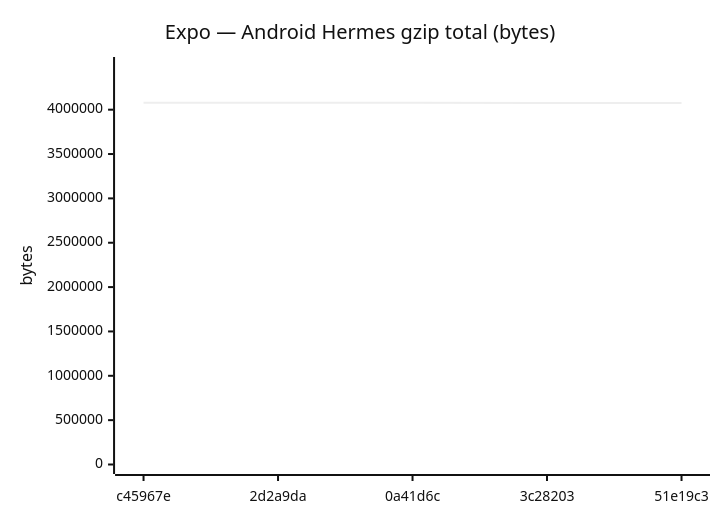
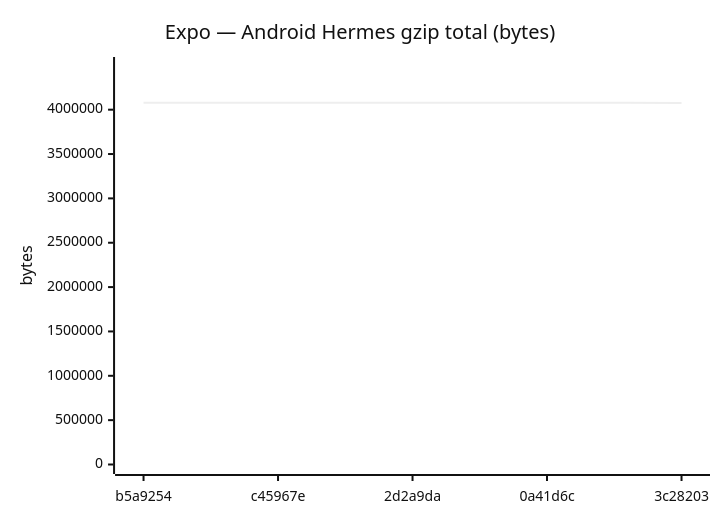
One commit to Metaheurist/Rianell changed diagram 11 of 18 in benchmarks/compare.md. Above: the diagram before and after it, drawn with Mermaid (neutral theme). The commit also changed other lines of this file and 11 other files, not shown here.

````diff
--- a/benchmarks/compare.md
+++ b/benchmarks/compare.md
@@ -172,7 +172,7 @@
 ```mermaid
 xychart-beta
     title "Expo — Android Hermes gzip total (bytes)"
-    x-axis ["c45967e", "2d2a9da", "0a41d6c", "3c28203", "51e19c3"]
+    x-axis ["b5a9254", "c45967e", "2d2a9da", "0a41d6c", "3c28203"]
     y-axis "bytes" 0 --> 4486787
-    line [4078896, 4078895, 4078897, 4076071, 4075584]
+    line [4078885, 4078896, 4078895, 4078897, 4076071]
 ```
````
